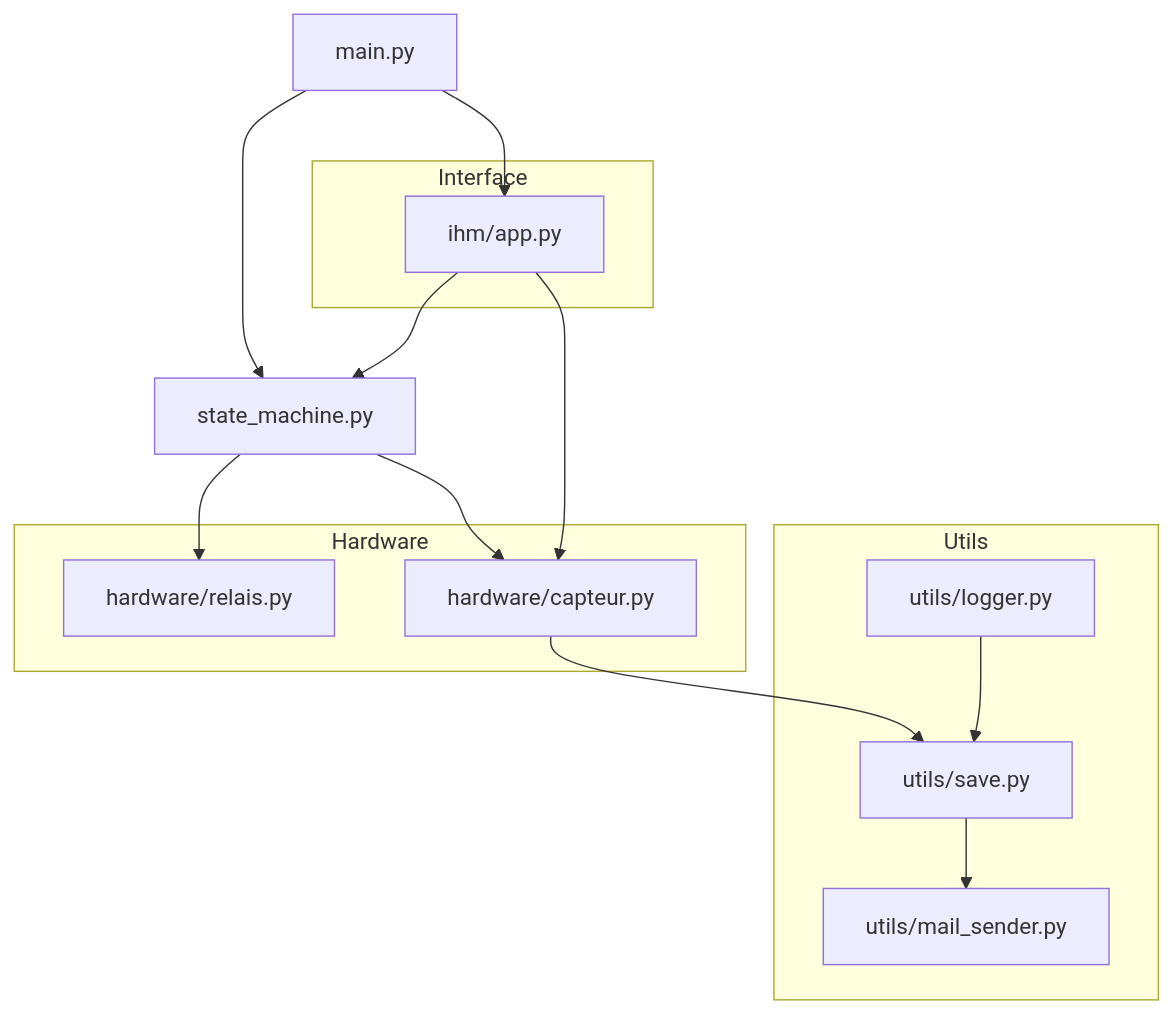
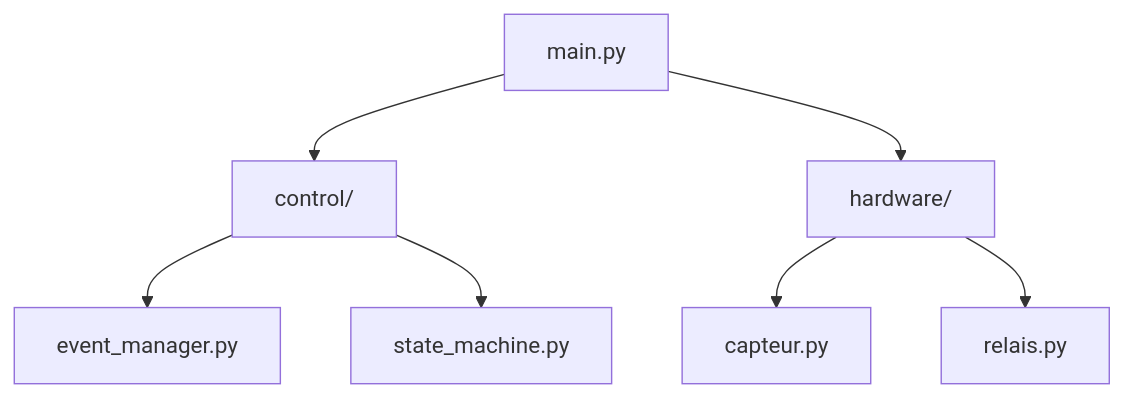
The diagram in README.md (Mathieu-GRSSN/etuve-HALCYON), drawn with Mermaid before and after one commit. The commit also changed other lines of this file, not shown here.

Commit message:
Amélioration README.md

````diff
--- a/README.md
+++ b/README.md
@@ -85,35 +85,14 @@
 ```mermaid
-flowchart TD
+flowchart TB
 
     MAIN[main.py]
-    SM[state_machine.py]
 
-    subgraph Hardware
-        RELAIS[hardware/relais.py]
-        CAPTEUR[hardware/capteur.py]
-    end
+    MAIN --> CONTROL[control/]
+    MAIN --> HARDWARE[hardware/]
 
-    subgraph Interface
-        APP[ihm/app.py]
-    end
+    CONTROL --> EVENT[event_manager.py]
+    CONTROL --> STATE[state_machine.py]
 
-    subgraph Utils
-        LOGGER[utils/logger.py]
-        SAVE[utils/save.py]
-        MAIL[utils/mail_sender.py]
-    end
-
-    MAIN --> SM
-    MAIN --> APP
-
-    SM --> RELAIS
-    SM --> CAPTEUR
-
-    APP --> SM
-    APP --> CAPTEUR
-
-    CAPTEUR --> SAVE
-    LOGGER --> SAVE
-
-    SAVE --> MAIL
+    HARDWARE --> CAPTEUR[capteur.py]
+    HARDWARE --> RELAIS[relais.py]
 ```
````
